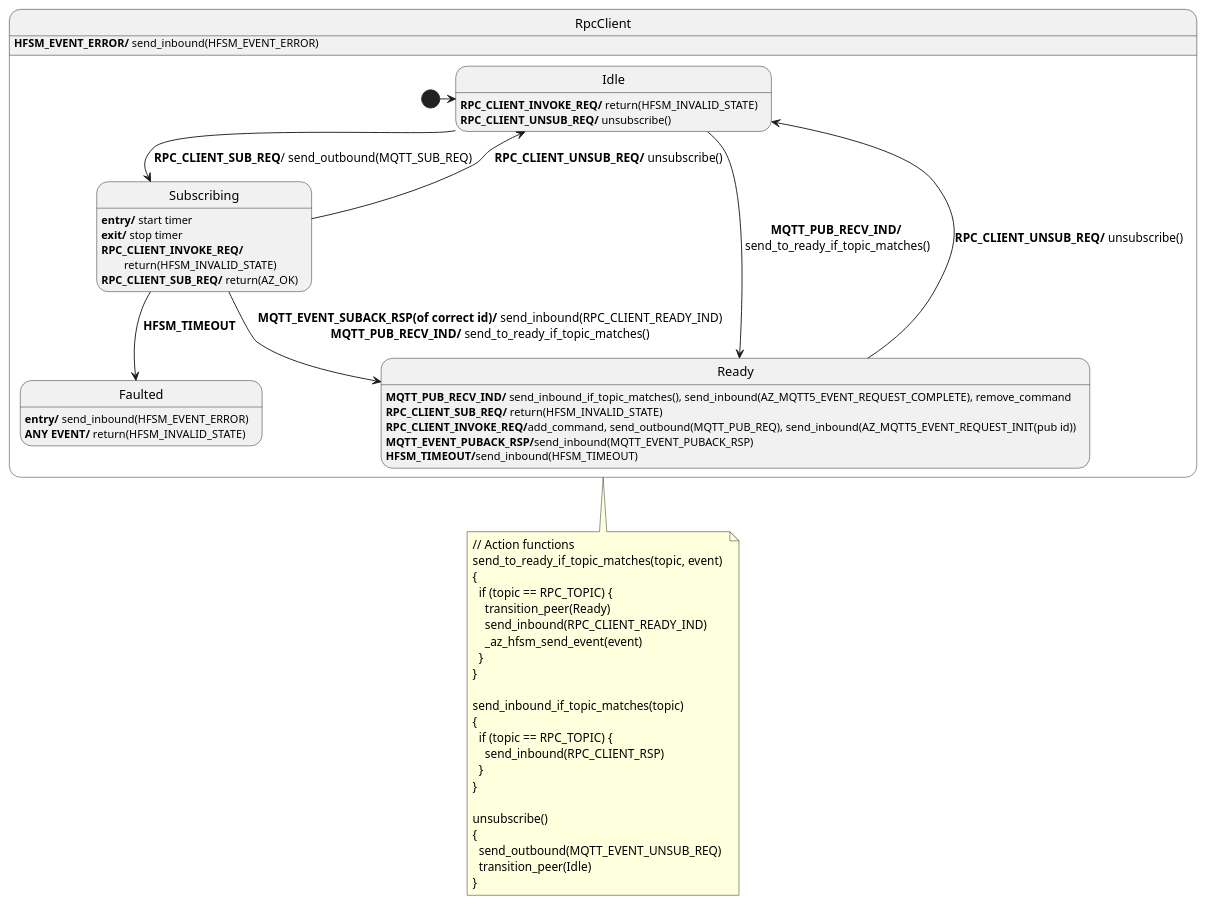
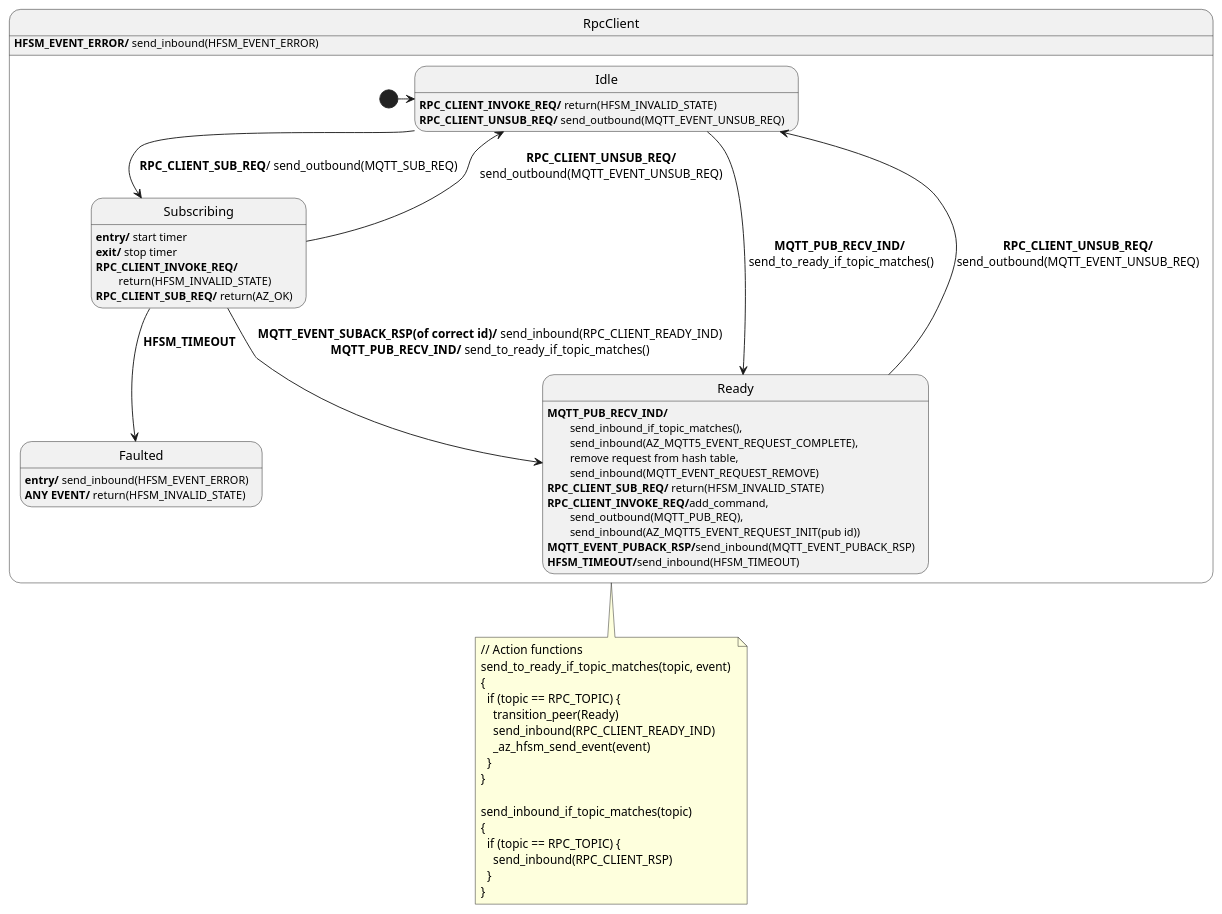
One commit to Azure/azure-sdk-for-c changed the diagram in sdk/docs/core/resources/mqtt_rpc_client.puml. Above: the diagram before and after it, drawn with PlantUML. The commit also changed 1 other file, not shown here.

Commit message:
update puml diagrams for rpc request and client

```diff
--- a/sdk/docs/core/resources/mqtt_rpc_client.puml
+++ b/sdk/docs/core/resources/mqtt_rpc_client.puml
@@ -1,63 +1,57 @@
 @startuml
 ' ignore these as handled outside of this diagram: MQTT_EVENT_CONNECT_REQ, MQTT_EVENT_CONNECT_RSP, MQTT_EVENT_DISCONNECT_REQ, MQTT_EVENT_DISCONNECT_RSP
 ' Assumptions:
 ' 0. Unknown events are forwarded (in their original direction, either inbound or outbound).
 ' 1. If RPC_CLIENT_READY_IND hasn't already been sent, RPC_CLIENT_SUB_REQ is guaranteed to respond with either RPC_CLIENT_READY_IND, or HFSM_EVENT_ERROR if the subscribe request timed out.
 ' 2. RPC_CLIENT_READY_IND will not be sent more than once unless the client unsubscribes or gets unsubscribed.
 ' 3. send_inbound, send_outbound are used to send information to the app and network respectively.
 
 state RpcClient {
   state Idle
   Idle : <b>RPC_CLIENT_INVOKE_REQ/</b> return(HFSM_INVALID_STATE)
-  Idle : <b>RPC_CLIENT_UNSUB_REQ/</b> unsubscribe()
+  Idle : <b>RPC_CLIENT_UNSUB_REQ/</b> send_outbound(MQTT_EVENT_UNSUB_REQ)
 
   state Faulted
   Faulted : <b>entry/</b> send_inbound(HFSM_EVENT_ERROR)
   Faulted : <b>ANY EVENT/</b> return(HFSM_INVALID_STATE)
     
   state Subscribing
   Subscribing : <b>entry/</b> start timer
   Subscribing : <b>exit/</b> stop timer
   Subscribing : <b>RPC_CLIENT_INVOKE_REQ/</b>\n\treturn(HFSM_INVALID_STATE)
   Subscribing : <b>RPC_CLIENT_SUB_REQ/</b> return(AZ_OK) 
 
   [*] -> Idle
   Idle --> Subscribing : <b>RPC_CLIENT_SUB_REQ</b>/ send_outbound(MQTT_SUB_REQ)
   Idle --> Ready : <b>MQTT_PUB_RECV_IND/</b>\n send_to_ready_if_topic_matches()
   Subscribing --> Faulted : <b>HFSM_TIMEOUT</b>
   Subscribing --> Ready : <b>MQTT_EVENT_SUBACK_RSP(of correct id)/</b> send_inbound(RPC_CLIENT_READY_IND)\n<b>MQTT_PUB_RECV_IND/</b> send_to_ready_if_topic_matches()
-  Ready --> Idle : <b>RPC_CLIENT_UNSUB_REQ/</b> unsubscribe()
-  Subscribing --> Idle : <b>RPC_CLIENT_UNSUB_REQ/</b> unsubscribe()
+  Ready --> Idle : <b>RPC_CLIENT_UNSUB_REQ/</b>\nsend_outbound(MQTT_EVENT_UNSUB_REQ)
+  Subscribing --> Idle : <b>RPC_CLIENT_UNSUB_REQ/</b>\nsend_outbound(MQTT_EVENT_UNSUB_REQ)
 
-  Ready : <b>MQTT_PUB_RECV_IND/</b> send_inbound_if_topic_matches(), send_inbound(AZ_MQTT5_EVENT_REQUEST_COMPLETE), remove_command
+  Ready : <b>MQTT_PUB_RECV_IND/</b>\n\tsend_inbound_if_topic_matches(),\n\tsend_inbound(AZ_MQTT5_EVENT_REQUEST_COMPLETE),\n\tremove request from hash table,\n\tsend_inbound(MQTT_EVENT_REQUEST_REMOVE)
   Ready : <b>RPC_CLIENT_SUB_REQ/</b> return(HFSM_INVALID_STATE)
-  Ready : <b>RPC_CLIENT_INVOKE_REQ/</b>add_command, send_outbound(MQTT_PUB_REQ), send_inbound(AZ_MQTT5_EVENT_REQUEST_INIT(pub id))
+  Ready : <b>RPC_CLIENT_INVOKE_REQ/</b>add_command,\n\tsend_outbound(MQTT_PUB_REQ),\n\tsend_inbound(AZ_MQTT5_EVENT_REQUEST_INIT(pub id))
   Ready : <b>MQTT_EVENT_PUBACK_RSP/</b>send_inbound(MQTT_EVENT_PUBACK_RSP)
   Ready : <b>HFSM_TIMEOUT/</b>send_inbound(HFSM_TIMEOUT)
 }
 RpcClient : <b>HFSM_EVENT_ERROR/</b> send_inbound(HFSM_EVENT_ERROR)
 note bottom of RpcClient
   // Action functions
   send_to_ready_if_topic_matches(topic, event) 
   {
     if (topic == RPC_TOPIC) {
       transition_peer(Ready)
       send_inbound(RPC_CLIENT_READY_IND)
       _az_hfsm_send_event(event)
     }
   }
 
   send_inbound_if_topic_matches(topic) 
   {
     if (topic == RPC_TOPIC) {
       send_inbound(RPC_CLIENT_RSP)
     }
   }
-
-  unsubscribe() 
-  {
-    send_outbound(MQTT_EVENT_UNSUB_REQ)
-    transition_peer(Idle)
-  }
 end note
 @enduml
```
